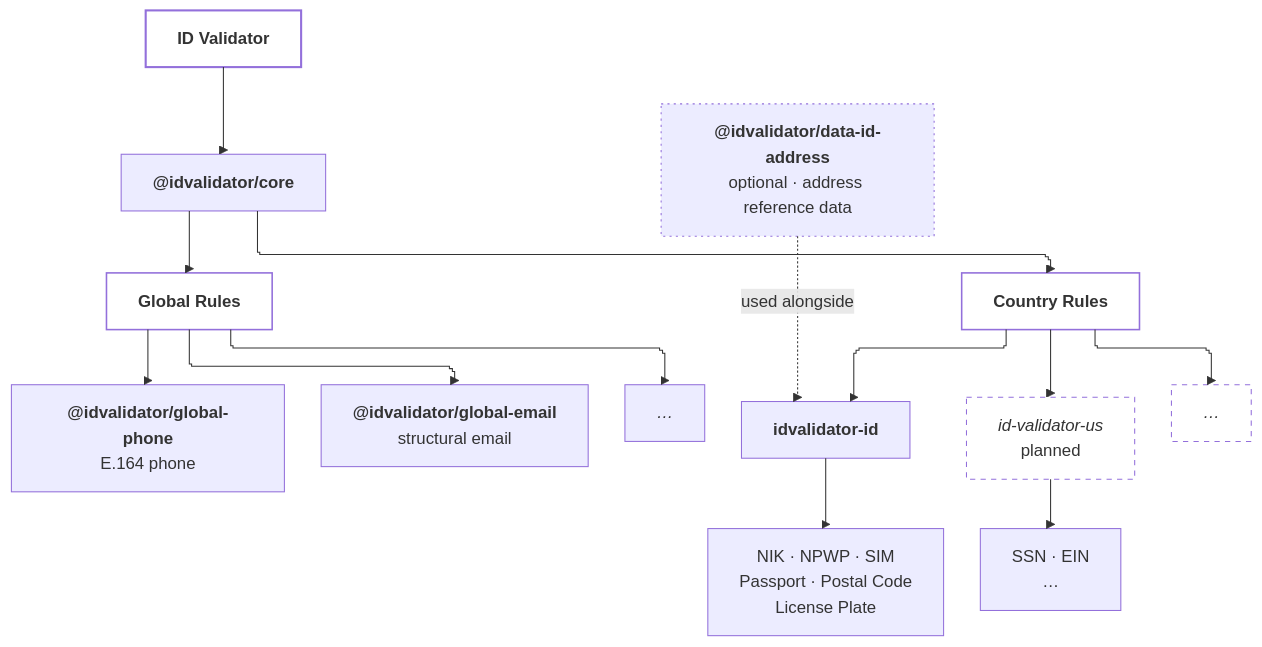
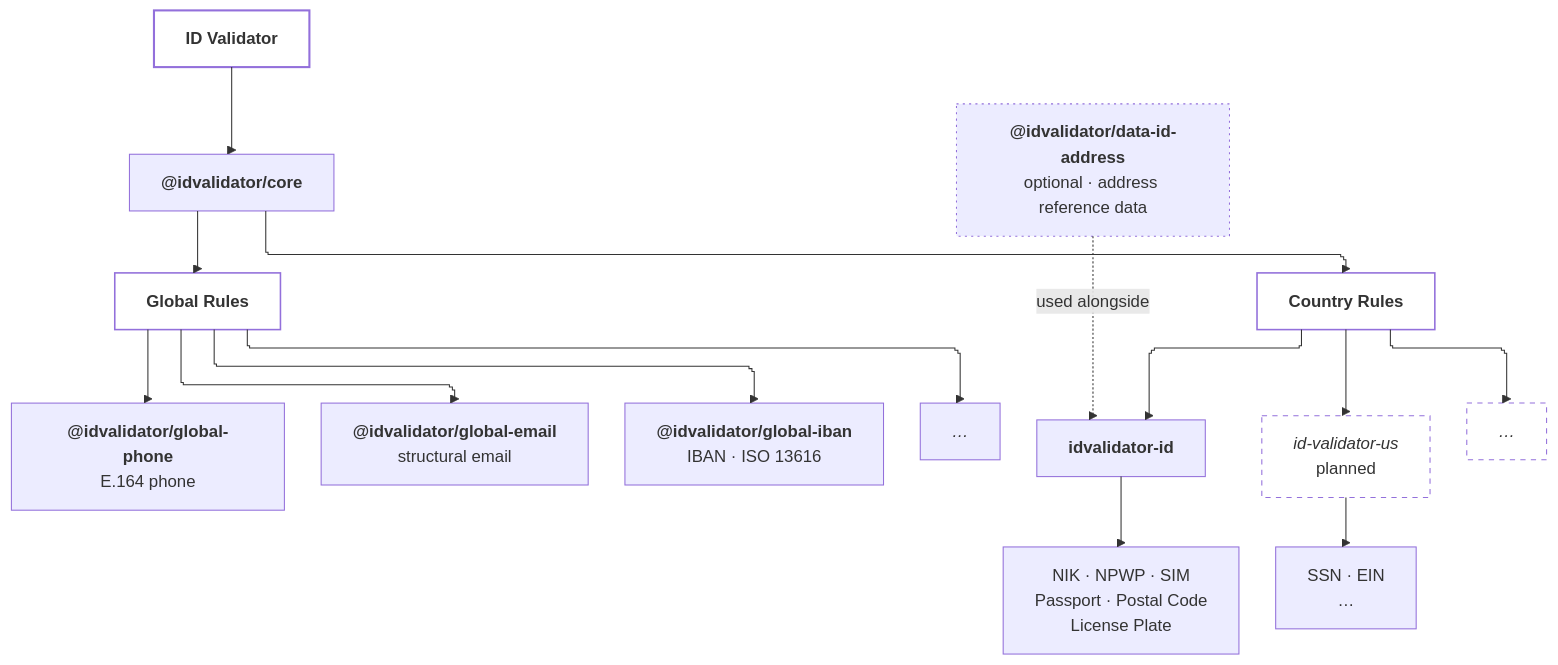
Before and after one commit to BaimPriyatna/id-validator: the diagram in README.md, drawn with Mermaid. The commit also changed other lines of this file and 12 other files, not shown here.

First line of the commit message:
feat(iban): add @idvalidator/global-iban (ISO 13616 + mod-97-10)

````diff
--- a/README.md
+++ b/README.md
@@ -129,49 +129,51 @@
 ```mermaid
 %%{init: {"layout": "elk", "flowchart": {"curve": "stepBefore"}}}%%
 flowchart TD
     ROOT["<b>ID Validator</b>"]
     CORE["<b>@idvalidator/core</b>"]
 
     GLOBAL["<b>Global Rules</b>"]
     COUNTRY["<b>Country Rules</b>"]
 
     PHONE["<b>@idvalidator/global-phone</b><br/>E.164 phone"]
     EMAIL["<b>@idvalidator/global-email</b><br/>structural email"]
+    IBAN["<b>@idvalidator/global-iban</b><br/>IBAN · ISO 13616"]
     GLOBAL_MORE["<i>…</i>"]
 
     ID["<b>idvalidator-id</b>"]
     US["<i>id-validator-us</i><br/>planned"]
     COUNTRY_MORE["<i>…</i>"]
 
     ID_RULES["NIK · NPWP · SIM<br/>Passport · Postal Code<br/>License Plate"]
     US_RULES["SSN · EIN<br/>…"]
 
     ADDR["<b>@idvalidator/data-id-address</b><br/>optional · address reference data"]
 
     ROOT --> CORE
     CORE --> GLOBAL
     CORE --> COUNTRY
 
     GLOBAL --> PHONE
     GLOBAL --> EMAIL
+    GLOBAL --> IBAN
     GLOBAL --> GLOBAL_MORE
 
     COUNTRY --> ID
     COUNTRY --> US
     COUNTRY --> COUNTRY_MORE
 
     ID --> ID_RULES
     US --> US_RULES
 
     ADDR -. "used alongside" .-> ID
 
     classDef root fill:none,stroke-width:2px;
     classDef category fill:none,stroke-width:1.5px;
     classDef planned stroke-dasharray:5 5,fill:none;
     classDef optional stroke-dasharray:2 4;
 
     class ROOT root;
     class GLOBAL,COUNTRY category;
     class US,COUNTRY_MORE planned;
     class ADDR optional;
 ```
````
